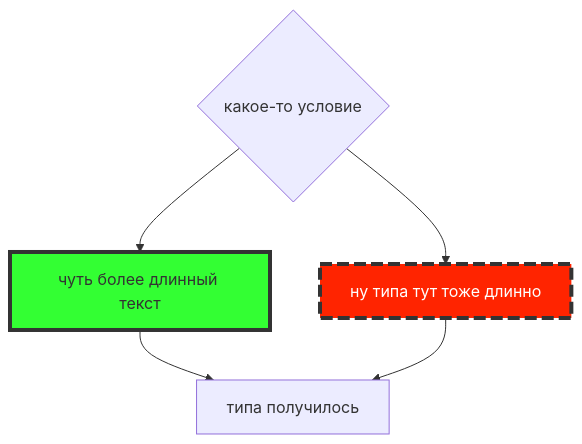
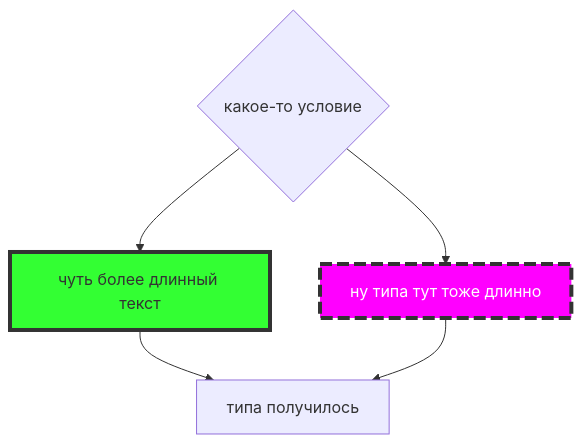
Before and after one commit to SofiiaBobr5565/Mermaid_syntax_hints_for_md: the sixth of 6 diagrams in README.md, drawn with Mermaid.

````diff
--- a/README.md
+++ b/README.md
@@ -63,6 +63,6 @@
 ```mermaid
 flowchart TB
 style id1 fill:#3f3,stroke:#333,stroke-width:4px
-style id2 fill:#ff2400,stroke:#333,stroke-width:4px,color:#fff,stroke-dasharray: 12 5
+style id2 fill:#FF00FF,stroke:#333,stroke-width:4px,color:#fff,stroke-dasharray: 12 5
 node8{какое-то условие}--> id1["чуть более длинный текст"] & id2["ну типа тут тоже длинно"]--> id3["типа получилось"]
 ```
````
